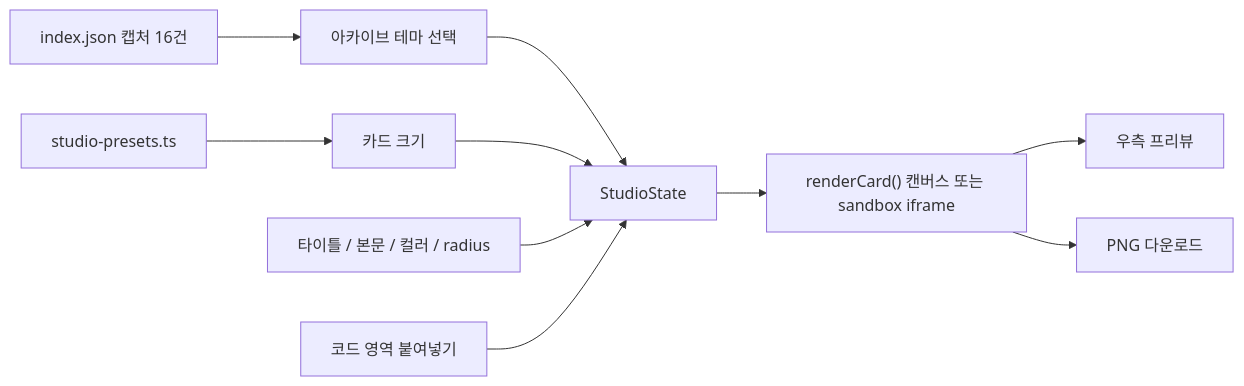
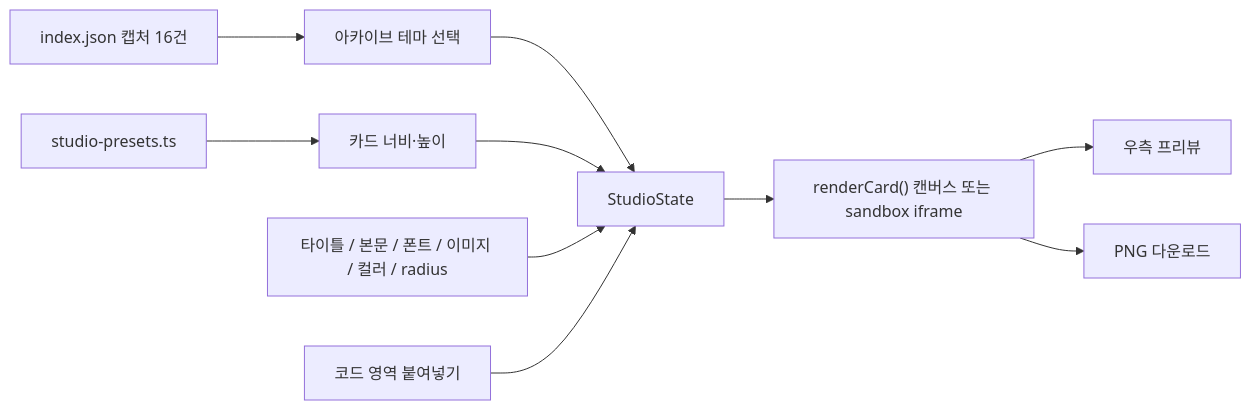
The diagram in docs/phase-1-online-marketing-studio.md (woongs2021/AX-DESIGN-TOOL), drawn with Mermaid before and after one commit. The commit also changed other lines of this file and 7 other files, not shown here.

````diff
--- a/docs/phase-1-online-marketing-studio.md
+++ b/docs/phase-1-online-marketing-studio.md
@@ -101,12 +112,12 @@
 ```mermaid
 flowchart LR
   index["index.json 캡처 16건"] --> theme["아카이브 테마 선택"]
-  preset["studio-presets.ts"] --> size["카드 크기"]
+  preset["studio-presets.ts"] --> size["카드 너비·높이"]
   theme --> state["StudioState"]
   size --> state
-  inputs["타이틀 / 본문 / 컬러 / radius"] --> state
+  inputs["타이틀 / 본문 / 폰트 / 이미지 / 컬러 / radius"] --> state
   code["코드 영역 붙여넣기"] --> state
   state --> render["renderCard() 캔버스 또는 sandbox iframe"]
   render --> preview["우측 프리뷰"]
   render --> png["PNG 다운로드"]
 ```
````
